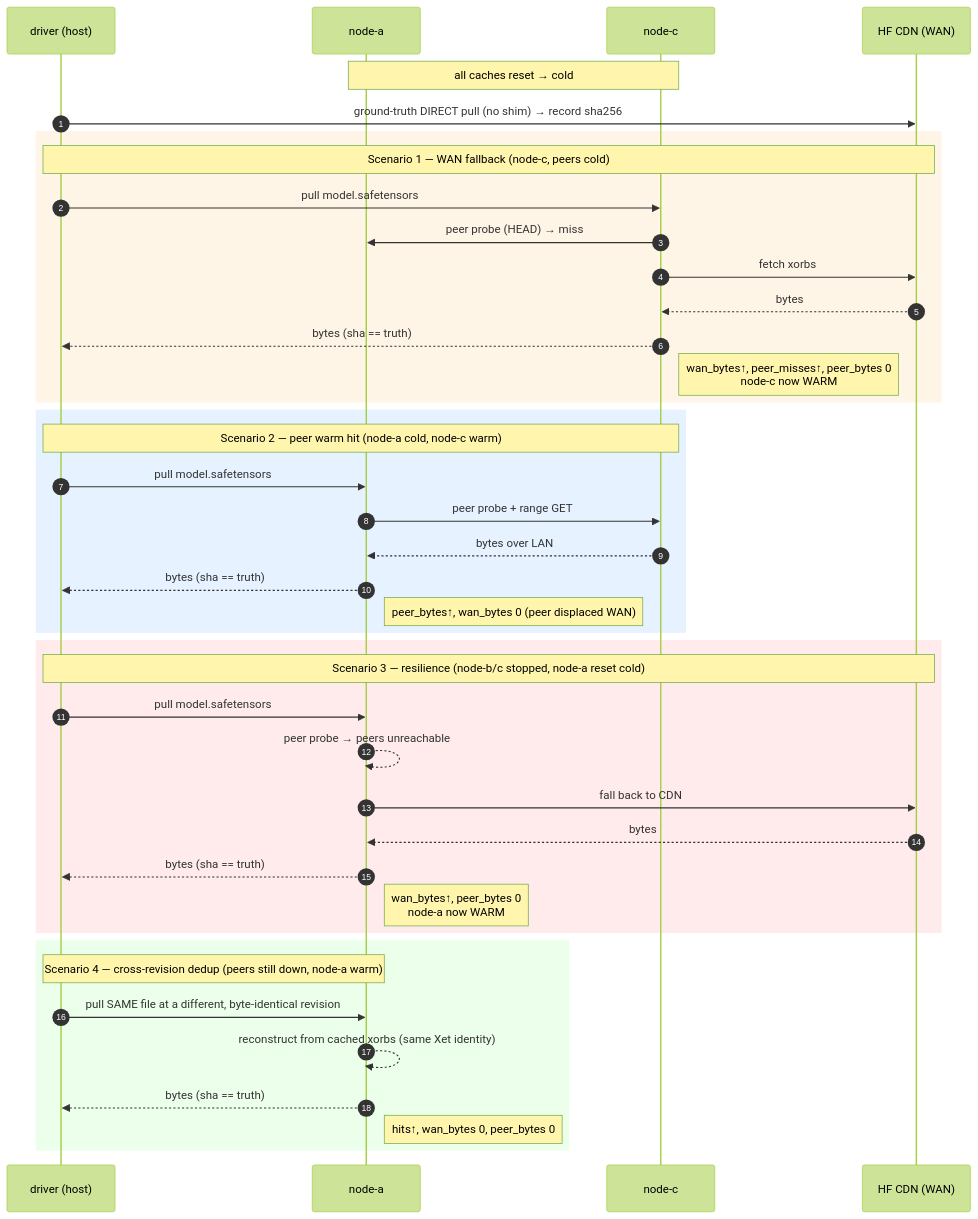
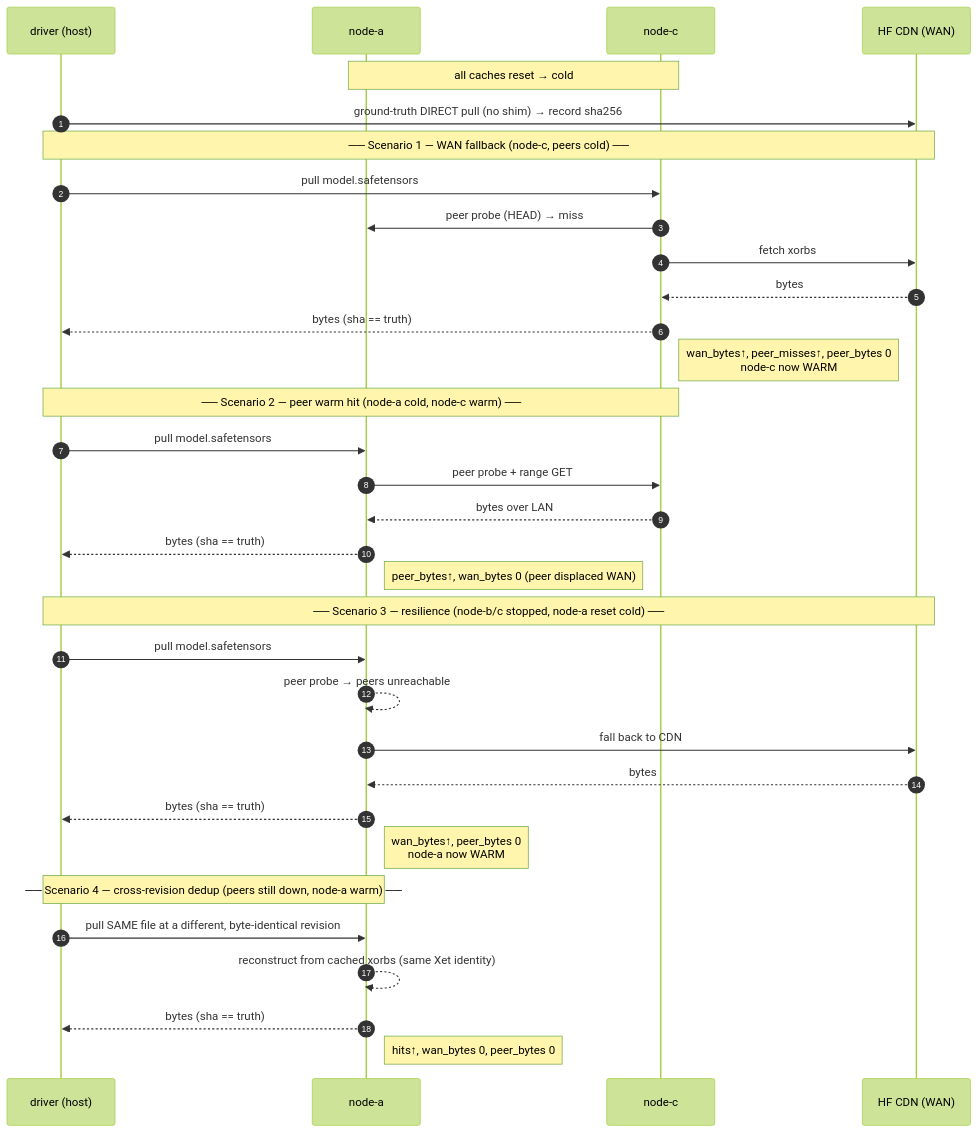
Before and after one commit to deanq/xet-dc-cache: the second of 2 diagrams in deploy/e2e/README.md, drawn with Mermaid (forest theme). The commit also changed other lines of this file and 1 other file, not shown here.

Commit message:
docs: fix mermaid diagram contrast for light/dark readability

````diff
--- a/deploy/e2e/README.md
+++ b/deploy/e2e/README.md
@@ -85,48 +85,40 @@
 ```mermaid
 sequenceDiagram
     autonumber
     participant D as driver (host)
     participant A as node-a
     participant C as node-c
     participant W as HF CDN (WAN)
 
     Note over A,C: all caches reset → cold
     D->>W: ground-truth DIRECT pull (no shim) → record sha256
 
-    rect rgb(255,245,230)
-    Note over D,W: Scenario 1 — WAN fallback (node-c, peers cold)
+    Note over D,W: ── Scenario 1 — WAN fallback (node-c, peers cold) ──
     D->>C: pull model.safetensors
     C->>A: peer probe (HEAD) → miss
     C->>W: fetch xorbs
     W-->>C: bytes
     C-->>D: bytes (sha == truth)
     Note right of C: wan_bytes↑, peer_misses↑, peer_bytes 0<br/>node-c now WARM
-    end
 
-    rect rgb(230,242,255)
-    Note over D,C: Scenario 2 — peer warm hit (node-a cold, node-c warm)
+    Note over D,C: ── Scenario 2 — peer warm hit (node-a cold, node-c warm) ──
     D->>A: pull model.safetensors
     A->>C: peer probe + range GET
     C-->>A: bytes over LAN
     A-->>D: bytes (sha == truth)
     Note right of A: peer_bytes↑, wan_bytes 0 (peer displaced WAN)
-    end
 
-    rect rgb(255,235,235)
-    Note over D,W: Scenario 3 — resilience (node-b/c stopped, node-a reset cold)
+    Note over D,W: ── Scenario 3 — resilience (node-b/c stopped, node-a reset cold) ──
     D->>A: pull model.safetensors
     A-->>A: peer probe → peers unreachable
     A->>W: fall back to CDN
     W-->>A: bytes
     A-->>D: bytes (sha == truth)
     Note right of A: wan_bytes↑, peer_bytes 0<br/>node-a now WARM
-    end
 
-    rect rgb(235,255,235)
-    Note over D,A: Scenario 4 — cross-revision dedup (peers still down, node-a warm)
+    Note over D,A: ── Scenario 4 — cross-revision dedup (peers still down, node-a warm) ──
     D->>A: pull SAME file at a different, byte-identical revision
     A-->>A: reconstruct from cached xorbs (same Xet identity)
     A-->>D: bytes (sha == truth)
     Note right of A: hits↑, wan_bytes 0, peer_bytes 0
-    end
 ```
````
